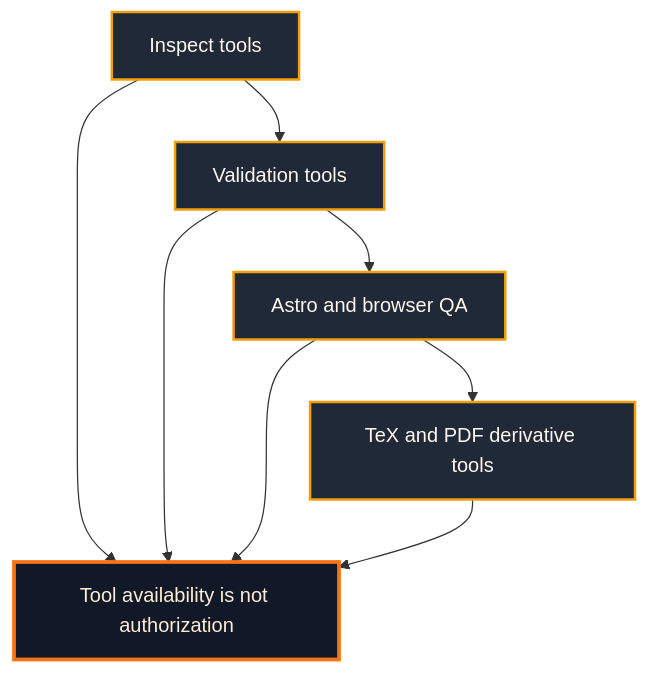
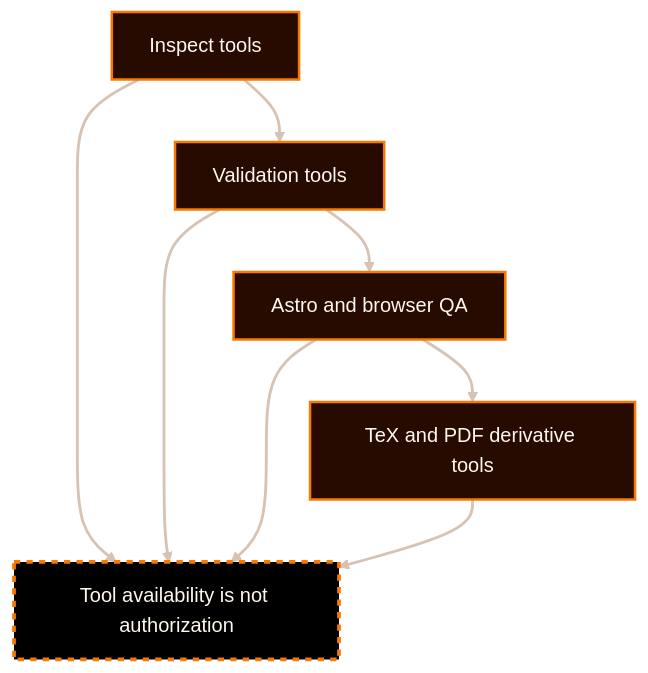
One commit to AngryOwlAI/The-AEther-Flow-Website changed the diagram in docs/content-dossiers/operations-technical-requirements/diagrams/technical-tool-authority-tiers.mmd. Above: the diagram before and after it, drawn with Mermaid. The commit also changed 60 other files, not shown here.

```diff
--- a/docs/content-dossiers/operations-technical-requirements/diagrams/technical-tool-authority-tiers.mmd
+++ b/docs/content-dossiers/operations-technical-requirements/diagrams/technical-tool-authority-tiers.mmd
@@ -1,14 +1,41 @@
+---
+config:
+  theme: base
+  themeVariables:
+    darkMode: true
+    background: "#000000"
+    primaryColor: "#050403"
+    primaryTextColor: "#fff8ef"
+    primaryBorderColor: "#d6c3b4"
+    lineColor: "#d6c3b4"
+    fontFamily: "Inter, ui-sans-serif, system-ui, -apple-system, BlinkMacSystemFont, Segoe UI, sans-serif"
+    fontSize: "16px"
+    clusterBkg: "#080401"
+    clusterBorder: "#d6c3b4"
+    edgeLabelBackground: "#000000"
+---
+
 flowchart TB
   inspect["Inspect tools"] --> validate["Validation tools"]
   validate --> render["Astro and browser QA"]
   render --> derive["TeX and PDF derivative tools"]
   inspect --> boundary["Tool availability is not authorization"]
   validate --> boundary
   render --> boundary
   derive --> boundary
 
-  classDef source fill:#0f172a,stroke:#38bdf8,color:#e0f2fe,stroke-width:2px;
-  classDef control fill:#1f2937,stroke:#f59e0b,color:#fff7ed,stroke-width:2px;
-  classDef boundary fill:#111827,stroke:#f97316,color:#ffedd5,stroke-width:3px;
-  class inspect,validate,render,derive control;
+  classDef default fill:#050403,stroke:#d6c3b4,color:#fff8ef,stroke-width:1.5px;
+  classDef source fill:#0f364d,stroke:#48a0c0,color:#fff8ef,stroke-width:2px;
+  classDef control fill:#270b01,stroke:#f87800,color:#fff8ef,stroke-width:2px;
+  classDef bridge fill:#164964,stroke:#f4d6a1,color:#fff8ef,stroke-width:2px;
+  classDef decision fill:#702000,stroke:#f87800,color:#fff8ef,stroke-width:2.25px;
+  classDef target fill:#2d7ea0,stroke:#f4d6a1,color:#ffffff,stroke-width:2px;
+  classDef success fill:#164964,stroke:#48a0c0,color:#fff8ef,stroke-width:2px;
+  classDef risk fill:#702000,stroke:#f87800,color:#fff8ef,stroke-width:2px,stroke-dasharray: 5 5;
+  classDef boundary fill:#000000,stroke:#f87800,color:#fff8ef,stroke-width:3px,stroke-dasharray: 5 5;
+  classDef external fill:#080401,stroke:#f4d6a1,color:#fff8ef,stroke-width:2px;
+
   class boundary boundary;
+  class derive,inspect,render,validate control;
+
+  linkStyle default stroke:#d6c3b4,stroke-width:2.25px;
```
